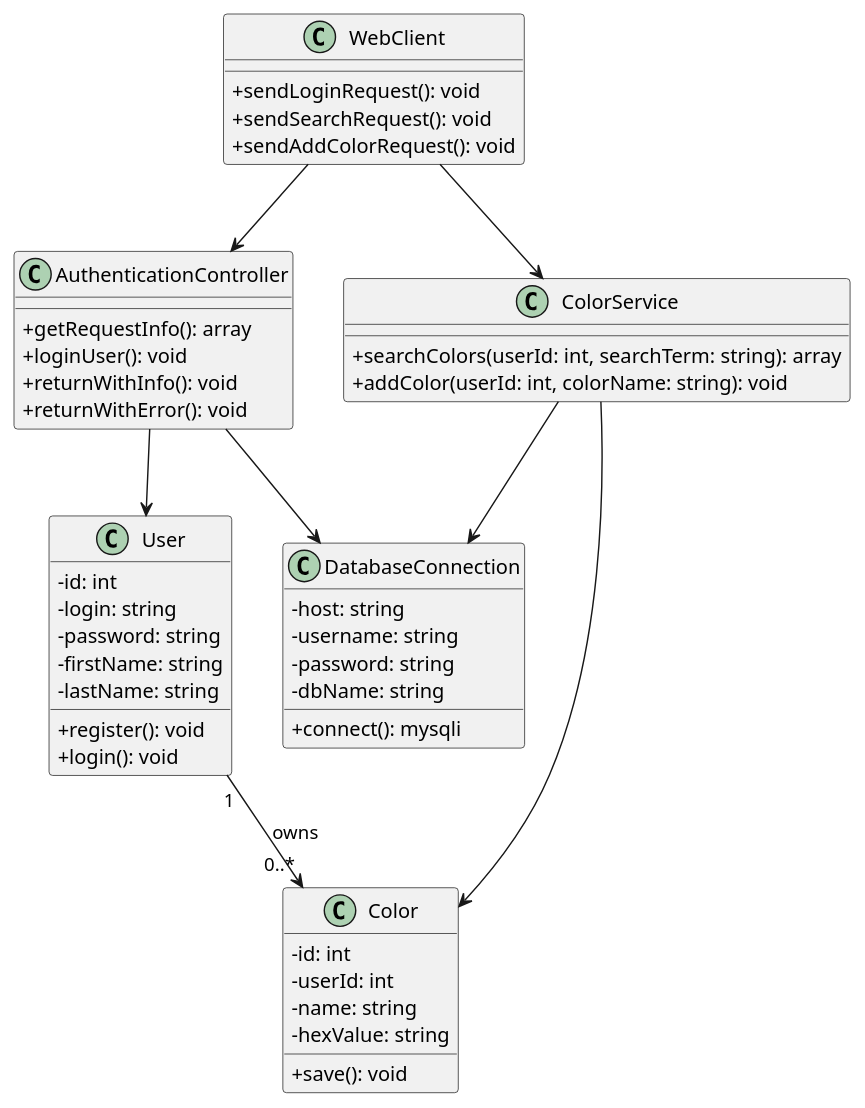
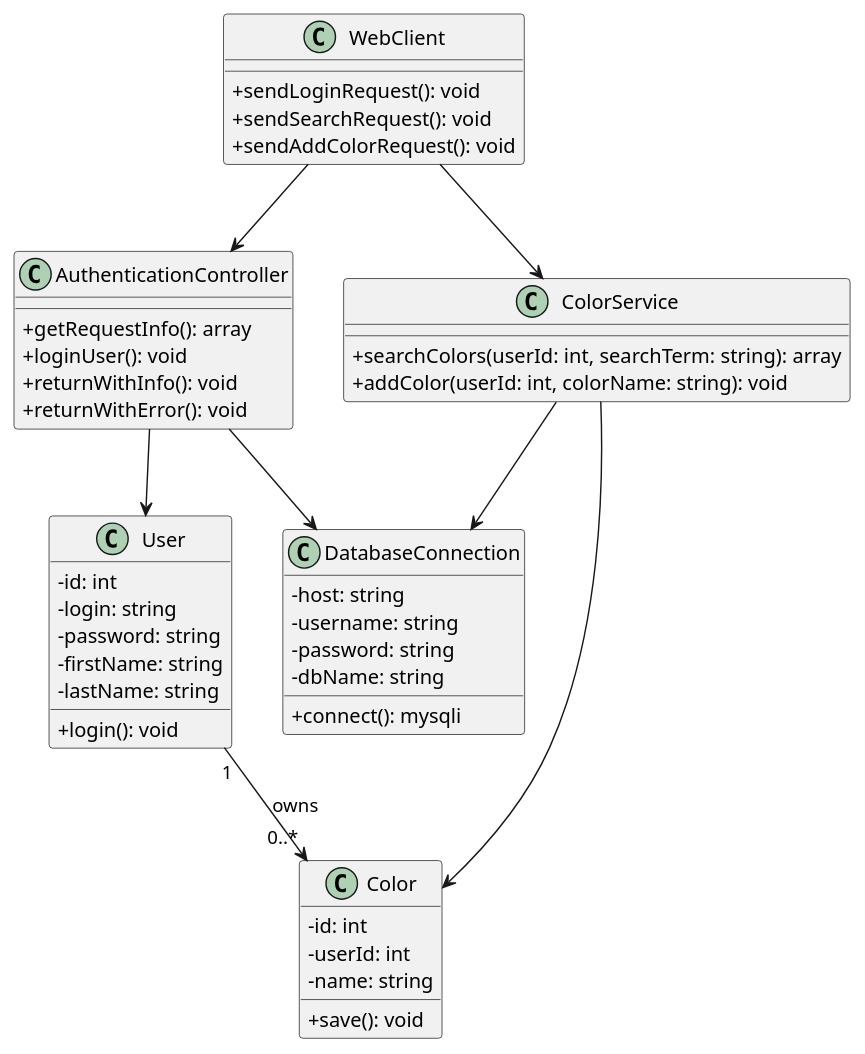
Before and after one commit to dangdatbrandon/LAMP-Practice: the diagram in docs/uml/class.puml, drawn with PlantUML. The commit also changed 5 other files, not shown here.

```diff
--- a/docs/uml/class.puml
+++ b/docs/uml/class.puml
@@ -1,56 +1,54 @@
 @startuml
 skinparam classAttributeIconSize 0
 skinparam shadowing false
 
 class User {
   - id: int
   - login: string
   - password: string
   - firstName: string
   - lastName: string
-  + register(): void
   + login(): void
 }
 
 class Color {
   - id: int
   - userId: int
   - name: string
-  - hexValue: string
   + save(): void
 }
 
 class AuthenticationController {
   + getRequestInfo(): array
   + loginUser(): void
   + returnWithInfo(): void
   + returnWithError(): void
 }
 
 class ColorService {
   + searchColors(userId: int, searchTerm: string): array
   + addColor(userId: int, colorName: string): void
 }
 
 class DatabaseConnection {
   - host: string
   - username: string
   - password: string
   - dbName: string
   + connect(): mysqli
 }
 
 class WebClient {
   + sendLoginRequest(): void
   + sendSearchRequest(): void
   + sendAddColorRequest(): void
 }
 
 User "1" --> "0..*" Color : owns
 AuthenticationController --> User
 AuthenticationController --> DatabaseConnection
 ColorService --> Color
 ColorService --> DatabaseConnection
 WebClient --> AuthenticationController
 WebClient --> ColorService
 @enduml
```
